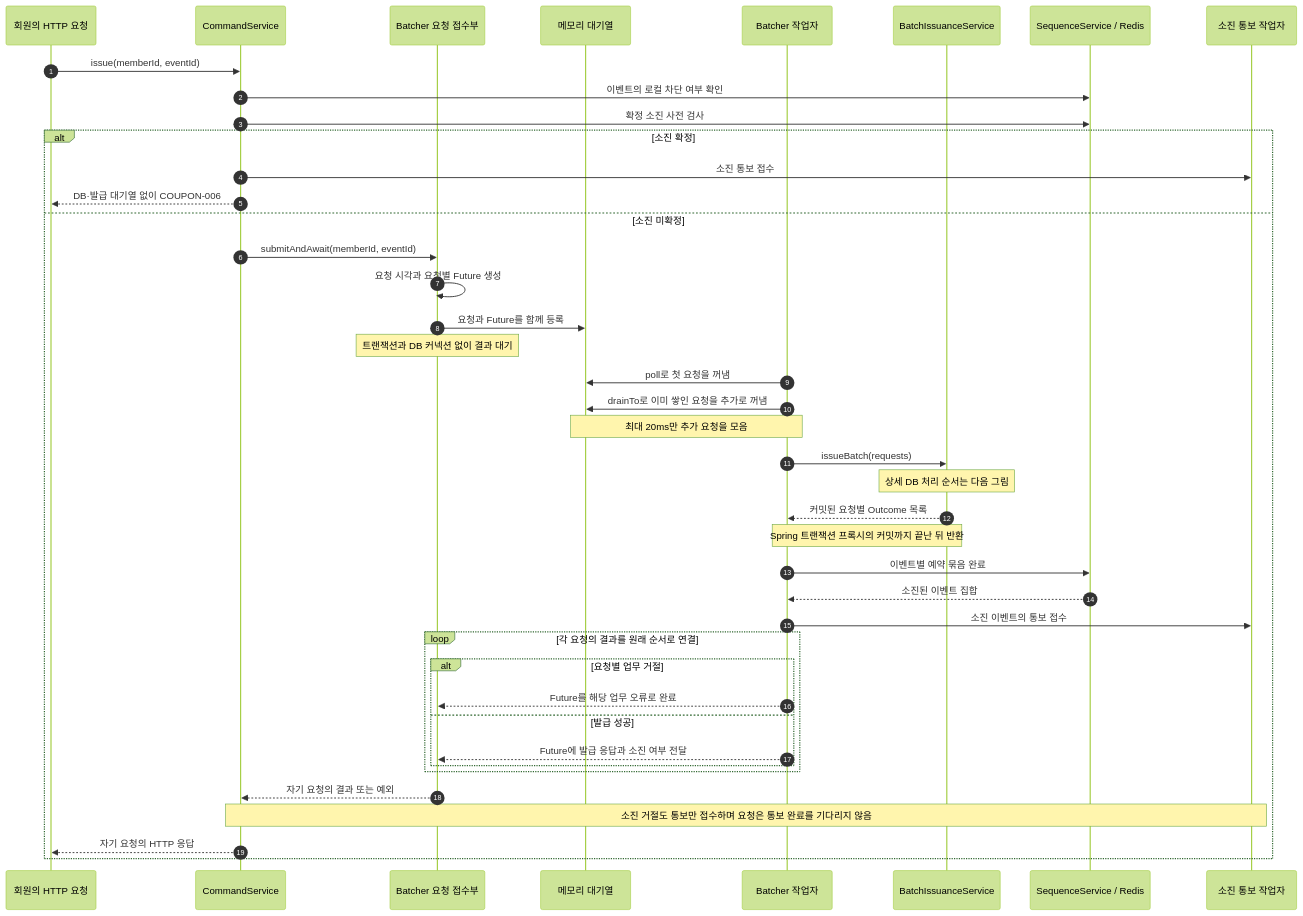
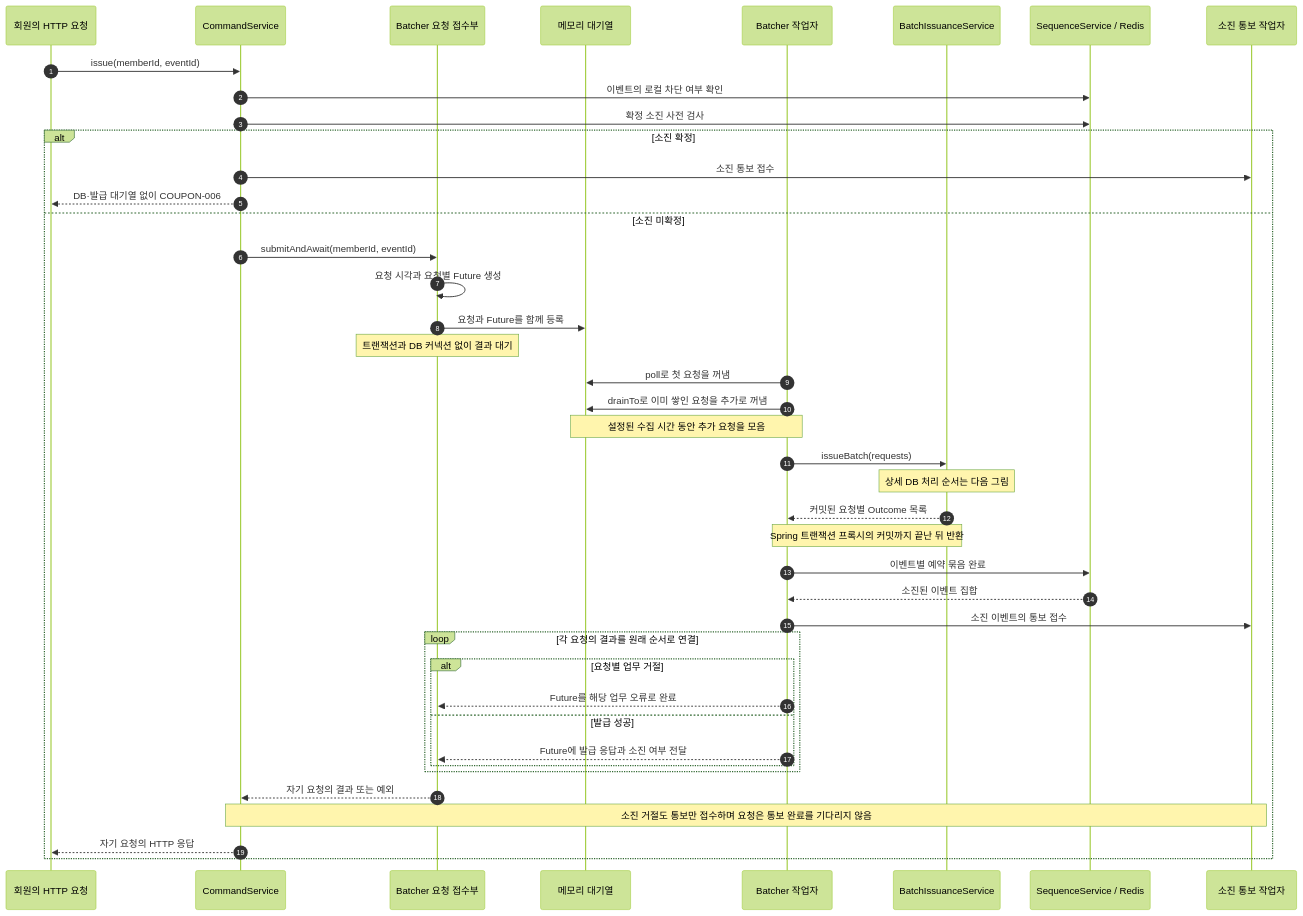
Before and after one commit to lunch-catch/lc-backend: the first of 3 diagrams in docs/design/coupon/coupon-issuance-v3-design.md, drawn with Mermaid (forest theme). The commit also changed other lines of this file and 64 other files, not shown here.

````diff
--- a/docs/design/coupon/coupon-issuance-v3-design.md
+++ b/docs/design/coupon/coupon-issuance-v3-design.md
@@ -32,45 +32,45 @@
 ```mermaid
 sequenceDiagram
     autonumber
     participant H as 회원의 HTTP 요청
     participant C as CommandService
     participant B as Batcher 요청 접수부
     participant Q as 메모리 대기열
     participant W as Batcher 작업자
     participant S as BatchIssuanceService
     participant R as SequenceService / Redis
     participant N as 소진 통보 작업자
 
     H->>C: issue(memberId, eventId)
     C->>R: 이벤트의 로컬 차단 여부 확인
     C->>R: 확정 소진 사전 검사
     alt 소진 확정
         C->>N: 소진 통보 접수
         C-->>H: DB·발급 대기열 없이 COUPON-006
     else 소진 미확정
     C->>B: submitAndAwait(memberId, eventId)
     B->>B: 요청 시각과 요청별 Future 생성
     B->>Q: 요청과 Future를 함께 등록
     Note over B: 트랜잭션과 DB 커넥션 없이 결과 대기
     W->>Q: poll로 첫 요청을 꺼냄
     W->>Q: drainTo로 이미 쌓인 요청을 추가로 꺼냄
-    Note over Q,W: 최대 20ms만 추가 요청을 모음
+    Note over Q,W: 설정된 수집 시간 동안 추가 요청을 모음
     W->>S: issueBatch(requests)
     Note over S: 상세 DB 처리 순서는 다음 그림
     S-->>W: 커밋된 요청별 Outcome 목록
     Note over S,W: Spring 트랜잭션 프록시의 커밋까지 끝난 뒤 반환
     W->>R: 이벤트별 예약 묶음 완료
     R-->>W: 소진된 이벤트 집합
     W->>N: 소진 이벤트의 통보 접수
     loop 각 요청의 결과를 원래 순서로 연결
         alt 요청별 업무 거절
             W-->>B: Future를 해당 업무 오류로 완료
         else 발급 성공
             W-->>B: Future에 발급 응답과 소진 여부 전달
         end
     end
     B-->>C: 자기 요청의 결과 또는 예외
     Note over C,N: 소진 거절도 통보만 접수하며 요청은 통보 완료를 기다리지 않음
     C-->>H: 자기 요청의 HTTP 응답
     end
 ```
````
